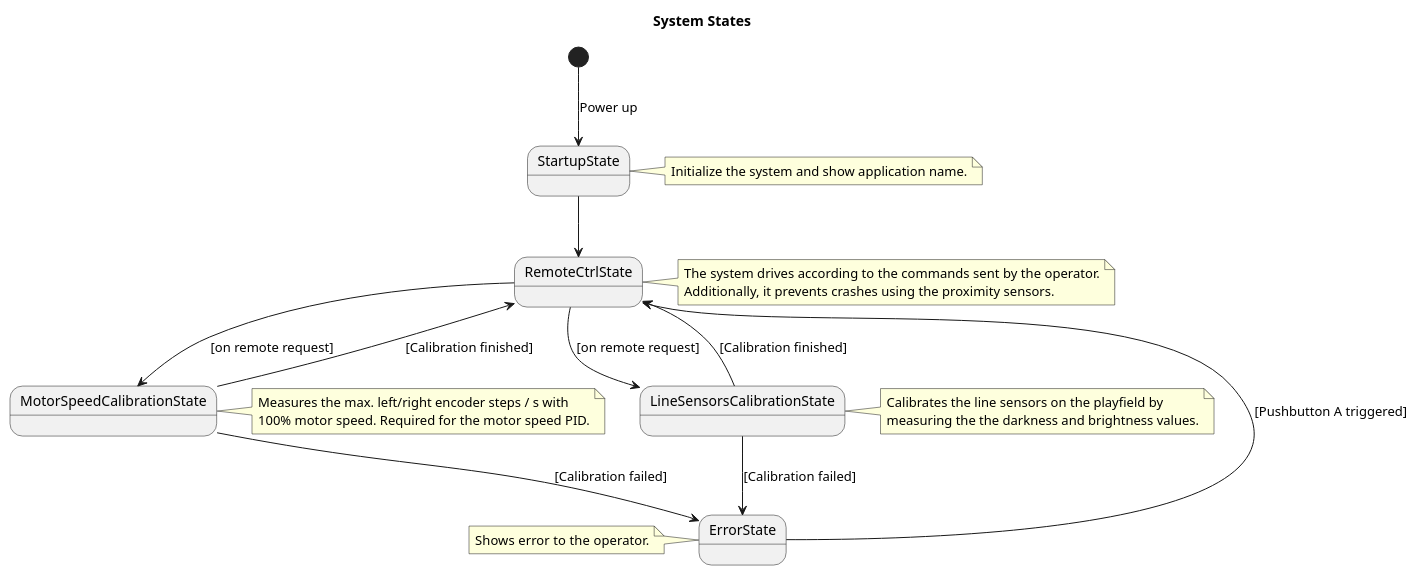
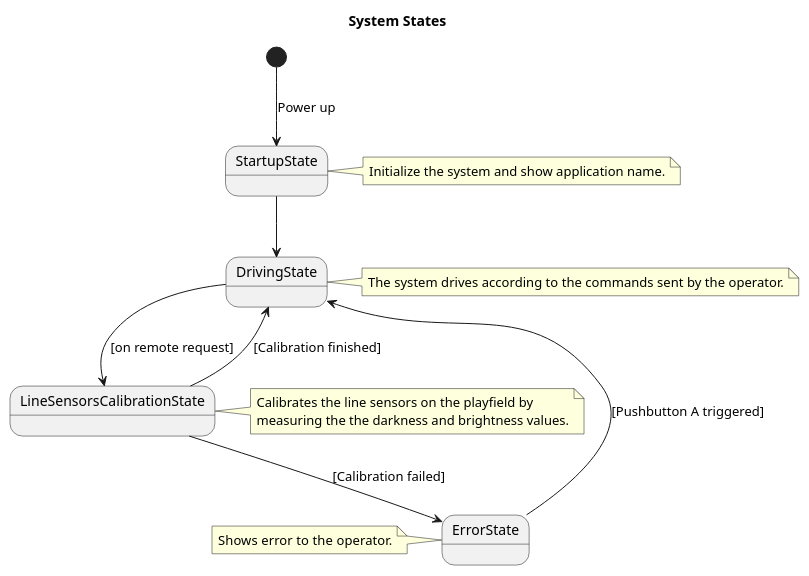
One commit to BlueAndi/RadonUlzer changed the diagram in doc/architecture/uml/ProcessView/RemoteControl/SystemStates.plantuml. Above: the diagram before and after it, drawn with PlantUML. The commit also changed 6 other files, not shown here.

Commit message:
Architecture especially for remote control application updated.

```diff
--- a/doc/architecture/uml/ProcessView/RemoteControl/SystemStates.plantuml
+++ b/doc/architecture/uml/ProcessView/RemoteControl/SystemStates.plantuml
@@ -1,48 +1,37 @@
 @startuml RemoteControl System States
 
 title System States
 
 state StartupState
-state MotorSpeedCalibrationState
 state LineSensorsCalibrationState
 state ErrorState
-state RemoteCtrlState
+state DrivingState
 
 [*] --> StartupState: Power up
-StartupState --> RemoteCtrlState
+StartupState --> DrivingState
 
-RemoteCtrlState --> MotorSpeedCalibrationState: [on remote request]
-RemoteCtrlState --> LineSensorsCalibrationState: [on remote request]
+DrivingState --> LineSensorsCalibrationState: [on remote request]
 
-MotorSpeedCalibrationState --> RemoteCtrlState: [Calibration finished]
-MotorSpeedCalibrationState --> ErrorState: [Calibration failed]
-
-LineSensorsCalibrationState --> RemoteCtrlState: [Calibration finished]
+LineSensorsCalibrationState --> DrivingState: [Calibration finished]
 LineSensorsCalibrationState --> ErrorState: [Calibration failed]
 
-ErrorState --> RemoteCtrlState: [Pushbutton A triggered]
+ErrorState --> DrivingState: [Pushbutton A triggered]
 
 note right of StartupState
     Initialize the system and show application name.
-end note
-
-note right of MotorSpeedCalibrationState
-    Measures the max. left/right encoder steps / s with
-    100% motor speed. Required for the motor speed PID.
 end note
 
 note right of LineSensorsCalibrationState
     Calibrates the line sensors on the playfield by
     measuring the the darkness and brightness values.
 end note
 
 note left of ErrorState
     Shows error to the operator.
 end note
 
-note right of RemoteCtrlState
+note right of DrivingState
     The system drives according to the commands sent by the operator.
-    Additionally, it prevents crashes using the proximity sensors.
 end note
 
 @enduml
```
